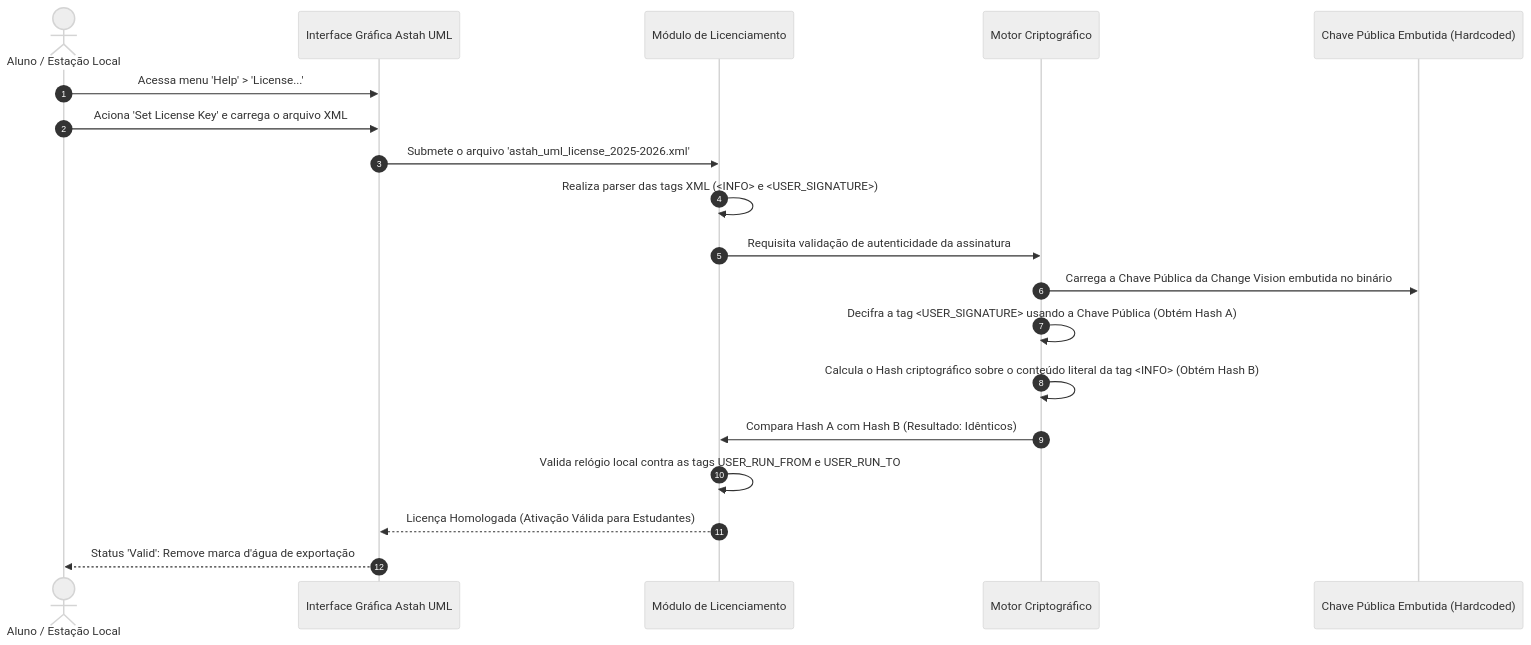
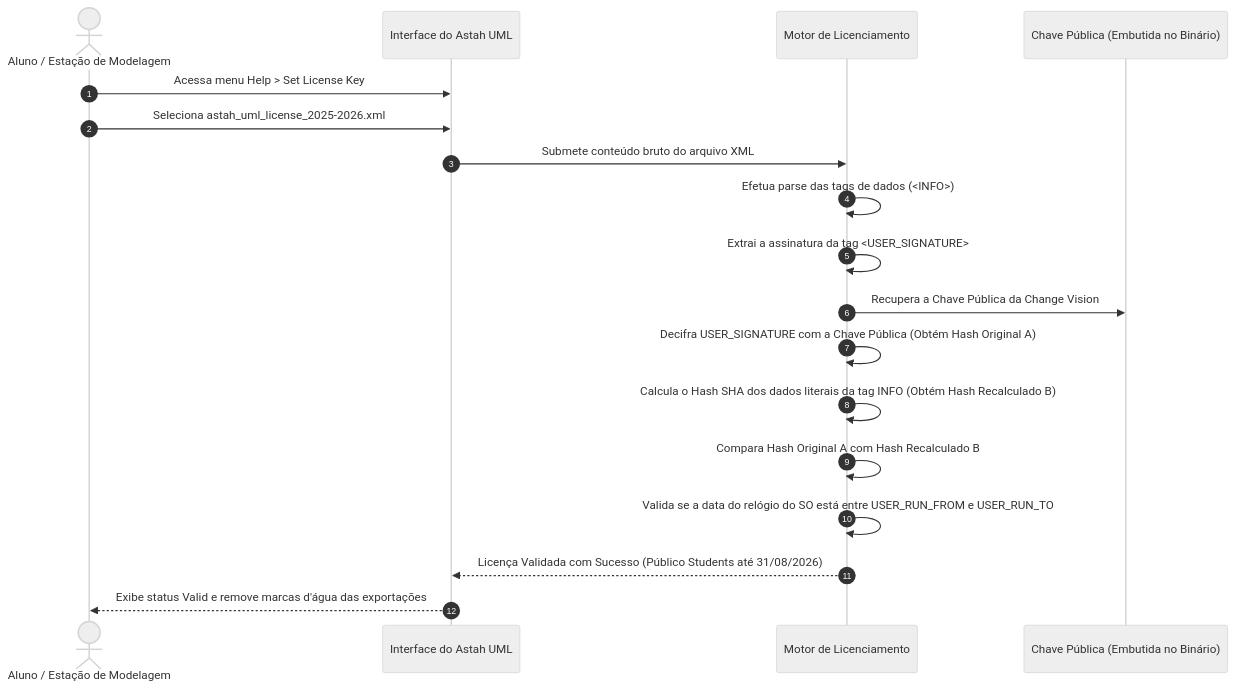
Diagram 17 of 33 in 3º Semestre/[Prof. Marcelo Boer] Engenharia de Software I/Resumos-IA/Caderno-Consolidado.md (murilolol/unifef), drawn with Mermaid (neutral theme) before and after one commit. The commit also changed other lines of this file and 40 other files, not shown here.

````diff
--- a/3º Semestre/[Prof. Marcelo Boer] Engenharia de Software I/Resumos-IA/Caderno-Consolidado.md
+++ b/3º Semestre/[Prof. Marcelo Boer] Engenharia de Software I/Resumos-IA/Caderno-Consolidado.md
@@ -596,22 +722,21 @@
 ```mermaid
 sequenceDiagram
     autonumber
-    actor Estudante as Aluno / Estação Local
-    participant Astah as Interface Gráfica Astah UML
-    participant LicMgr as Módulo de Licenciamento
-    participant Crypto as Motor Criptográfico
-    participant ChavePub as Chave Pública Embutida (Hardcoded)
+    actor Aluno as Aluno / Estação de Modelagem
+    participant AstahGUI as Interface do Astah UML
+    participant LicEngine as Motor de Licenciamento
+    participant PubKey as Chave Pública (Embutida no Binário)
 
-    Estudante->>Astah: Acessa menu 'Help' > 'License...'
-    Estudante->>Astah: Aciona 'Set License Key' e carrega o arquivo XML
-    Astah->>LicMgr: Submete o arquivo 'astah_uml_license_2025-2026.xml'
-    LicMgr->>LicMgr: Realiza parser das tags XML (<INFO> e <USER_SIGNATURE>)
-    LicMgr->>Crypto: Requisita validação de autenticidade da assinatura
-    Crypto->>ChavePub: Carrega a Chave Pública da Change Vision embutida no binário
-    Crypto->>Crypto: Decifra a tag <USER_SIGNATURE> usando a Chave Pública (Obtém Hash A)
-    Crypto->>Crypto: Calcula o Hash criptográfico sobre o conteúdo literal da tag <INFO> (Obtém Hash B)
-    Crypto->>LicMgr: Compara Hash A com Hash B (Resultado: Idênticos)
-    LicMgr->>LicMgr: Valida relógio local contra as tags USER_RUN_FROM e USER_RUN_TO
-    LicMgr-->>Astah: Licença Homologada (Ativação Válida para Estudantes)
-    Astah-->>Estudante: Status 'Valid': Remove marca d'água de exportação
+    Aluno->>AstahGUI: Acessa menu Help > Set License Key
+    Aluno->>AstahGUI: Seleciona astah_uml_license_2025-2026.xml
+    AstahGUI->>LicEngine: Submete conteúdo bruto do arquivo XML
+    LicEngine->>LicEngine: Efetua parse das tags de dados (<INFO>)
+    LicEngine->>LicEngine: Extrai a assinatura da tag <USER_SIGNATURE>
+    LicEngine->>PubKey: Recupera a Chave Pública da Change Vision
+    LicEngine->>LicEngine: Decifra USER_SIGNATURE com a Chave Pública (Obtém Hash Original A)
+    LicEngine->>LicEngine: Calcula o Hash SHA dos dados literais da tag INFO (Obtém Hash Recalculado B)
+    LicEngine->>LicEngine: Compara Hash Original A com Hash Recalculado B
+    LicEngine->>LicEngine: Valida se a data do relógio do SO está entre USER_RUN_FROM e USER_RUN_TO
+    LicEngine-->>AstahGUI: Licença Validada com Sucesso (Público Students até 31/08/2026)
+    AstahGUI-->>Aluno: Exibe status Valid e remove marcas d'água das exportações
 ```
````
